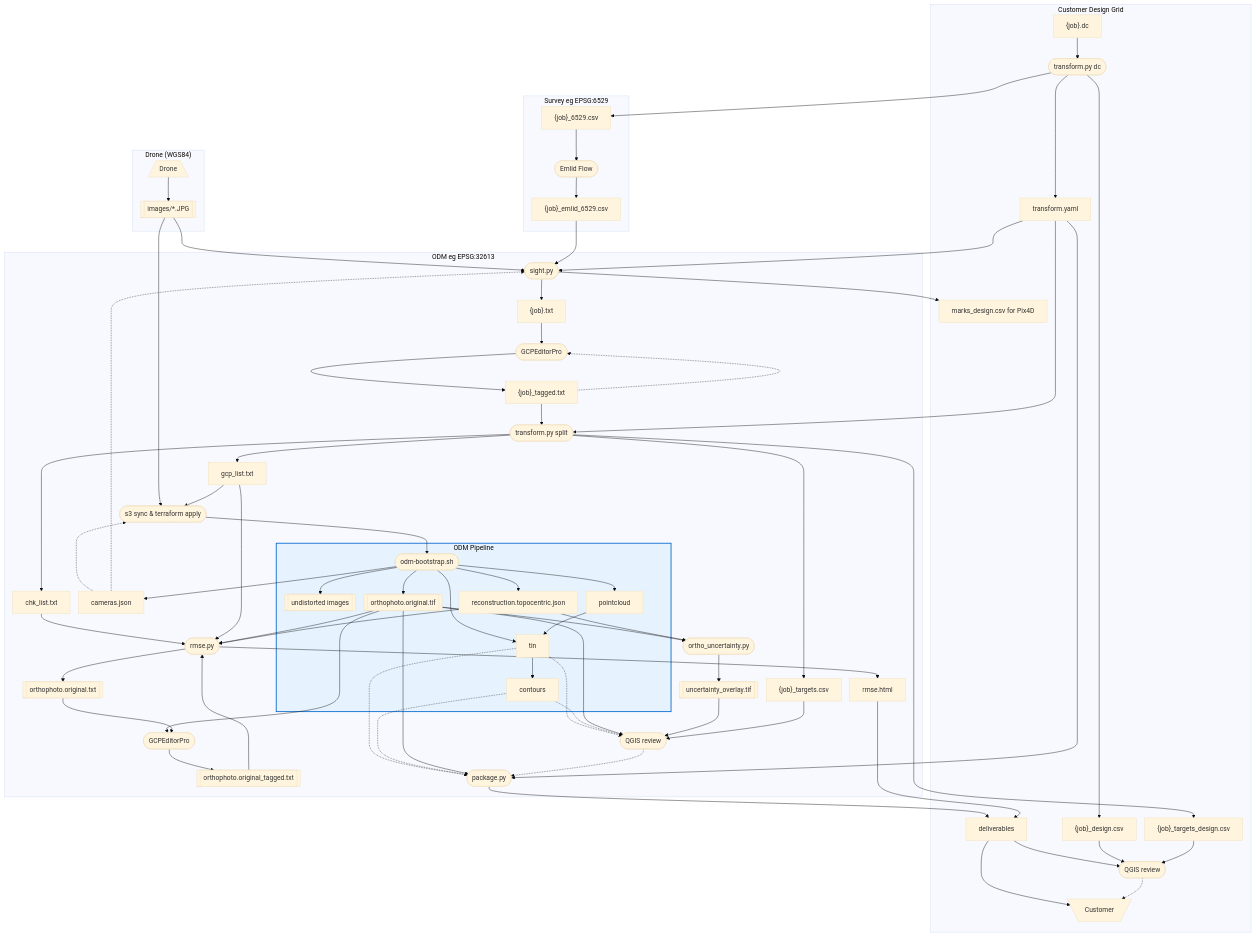
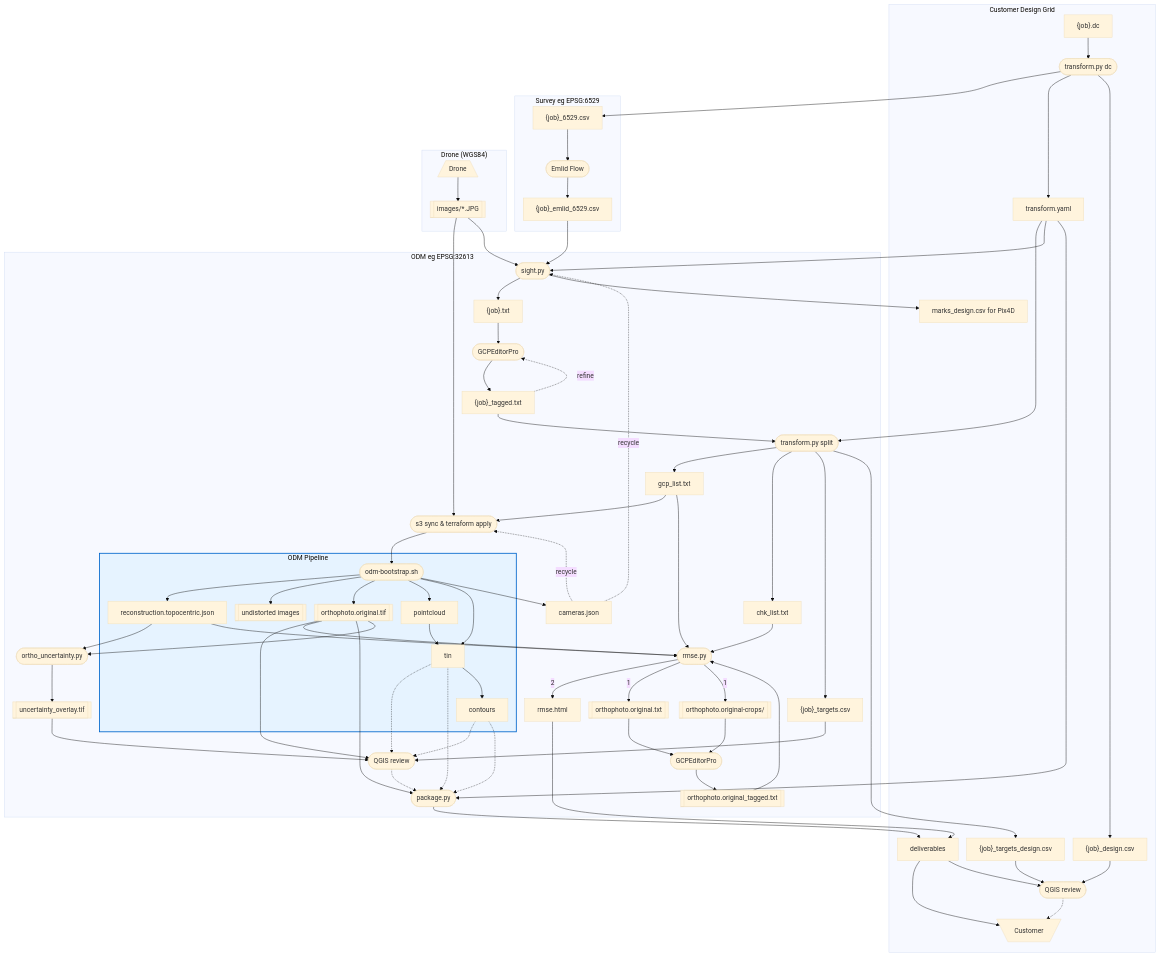
The diagram in docs/odm-workflow.md (jrstear/geo), drawn with Mermaid before and after one commit. The commit also changed other lines of this file, not shown here.

First line of the commit message:
docs: split rmse.py workflow into 6a (reconstruction) and 6b (ortho)

```diff
--- a/docs/odm-workflow.md
+++ b/docs/odm-workflow.md
@@ -39,6 +39,7 @@
     orthophoto[["orthophoto.original.tif"]]
     orthophoto_txt[["orthophoto.original.txt"]]
     orthophoto_txt_tagged[["orthophoto.original_tagged.txt"]]
+    orthophoto_crops[["orthophoto.original-crops/"]]
     uncertainty_tif[["uncertainty_overlay.tif"]]
     packager(["package.py"])
     model["reconstruction.topocentric.json"]
@@ -94,6 +95,7 @@
         report
         orthophoto_txt
         orthophoto_txt_tagged
+        orthophoto_crops
         gcpeditor_ortho
         uncertainty
         uncertainty_tif
@@ -116,7 +118,7 @@
     pretag --> gcpeditor
     gcpeditor --> tagged
     tagged --> split
-    tagged -.-> gcpeditor
+    tagged -.-> |refine| gcpeditor
     transform_yaml --> split
     transform_yaml --> sight
     split --> gcp_list
@@ -125,16 +127,17 @@
     split --> targets_design
     gcp_list --> launch_odm
     odm --> model
-    cameras -.-> launch_odm
-    cameras -.-> sight
+    cameras -.-> |recycle| launch_odm
+    cameras -.-> |recycle| sight
     odm --> undistorted
     odm --> orthophoto
     odm --> pointcloud
     odm --> tin
     odm --> cameras
-    rmse --> report
-    rmse --> orthophoto_txt
-    orthophoto --> gcpeditor_ortho
+    rmse --> |2| report
+    rmse --> |1| orthophoto_txt
+    rmse --> |1| orthophoto_crops
+    orthophoto_crops --> gcpeditor_ortho
     orthophoto_txt --> gcpeditor_ortho --> orthophoto_txt_tagged --> rmse
     tin -.-> qgis_cloud
     tin -.-> packager
```
